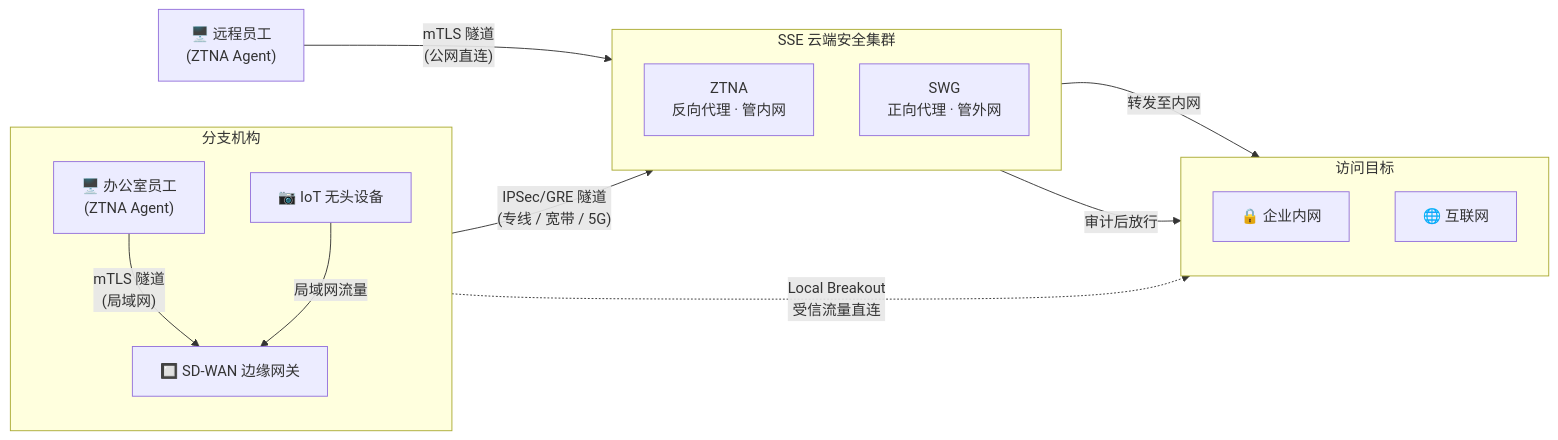
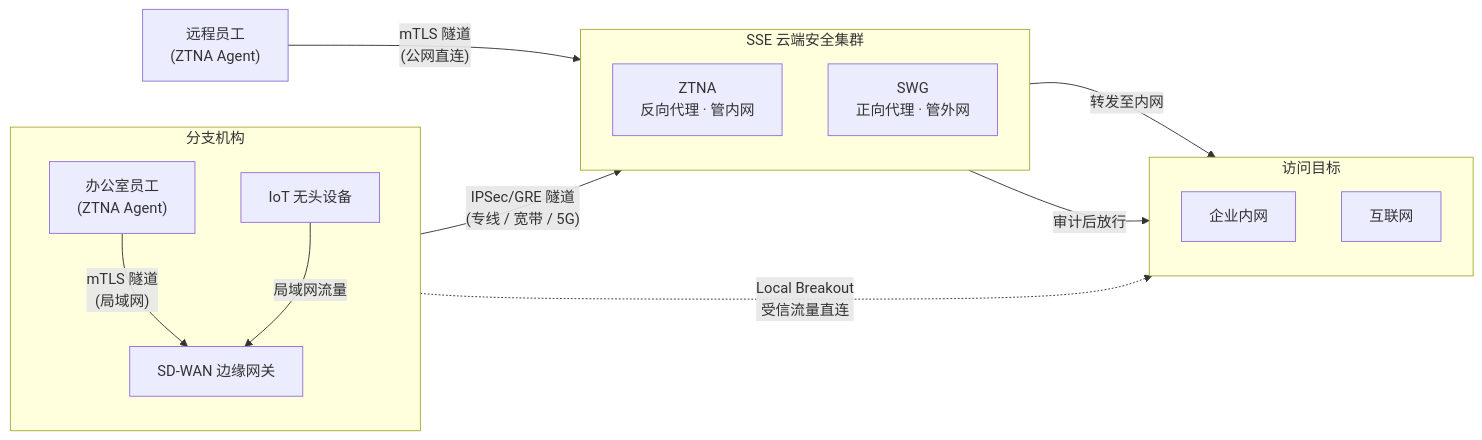
One commit to mh567/mh567.github.io changed the fifth of 5 diagrams in _posts/2026-04-12-零信任代理与SASE.md. Above: the diagram before and after it, drawn with Mermaid. The commit also changed other lines of this file and 18 other files, not shown here.

````diff
--- a/_posts/2026-04-12-零信任代理与SASE.md
+++ b/_posts/2026-04-12-零信任代理与SASE.md
@@ -319,32 +319,32 @@
 ```mermaid
 flowchart LR
-    Remote["🖥️ 远程员工<br>(ZTNA Agent)"]
+    Remote["远程员工<br>(ZTNA Agent)"]
 
     subgraph Branch["分支机构"]
         direction TB
-        Office["🖥️ 办公室员工<br>(ZTNA Agent)"]
-        IoT["📷 IoT 无头设备"]
-        GW["🔲 SD-WAN 边缘网关"]
+        Office["办公室员工<br>(ZTNA Agent)"]
+        IoT["IoT 无头设备"]
+        GW["SD-WAN 边缘网关"]
         Office -- "mTLS 隧道<br>(局域网)" --> GW
         IoT -- "局域网流量" --> GW
     end
 
     subgraph SSE_Cloud["SSE 云端安全集群"]
         direction TB
         ZTNA["ZTNA<br>反向代理 · 管内网"]
         SWG_N["SWG<br>正向代理 · 管外网"]
     end
 
     subgraph Targets["访问目标"]
         direction TB
-        Intranet["🔒 企业内网"]
-        Internet["🌐 互联网"]
+        Intranet["企业内网"]
+        Internet["互联网"]
     end
 
     Remote -- "mTLS 隧道<br>(公网直连)" --> SSE_Cloud
     GW -- "IPSec/GRE 隧道<br>(专线 / 宽带 / 5G)" --> SSE_Cloud
     GW -. "Local Breakout<br>受信流量直连" .-> Internet
 
     ZTNA -- "转发至内网" --> Intranet
     SWG_N -- "审计后放行" --> Internet
 ```
````
